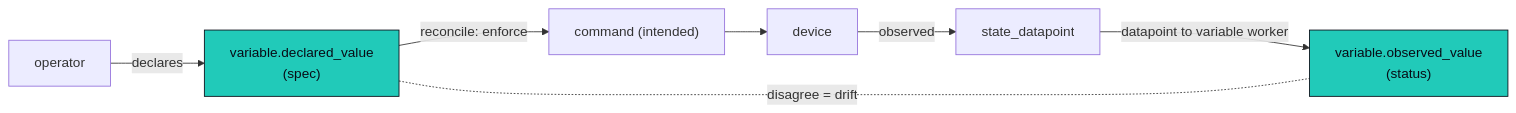
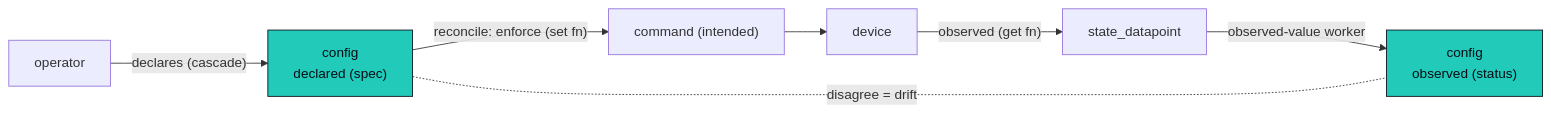
Before and after one commit to hyperscaleav/omniglass: the diagram in docs/src/content/docs/architecture/variables.md, drawn with Mermaid. The commit also changed other lines of this file and 2 other files, not shown here.

First line of the commit message:
docs(architecture): split config, credentials, and variables into three primitives

````diff
--- a/docs/src/content/docs/architecture/variables.md
+++ b/docs/src/content/docs/architecture/variables.md
@@ -137,11 +178,11 @@
 ```mermaid
 flowchart LR
-  OP["operator"] -->|"declares"| DV["variable.declared_value<br/>(spec)"]
-  DEV["device"] -->|"observed"| SD["state_datapoint"]
-  SD -->|"datapoint to variable worker"| OV["variable.observed_value<br/>(status)"]
+  OP["operator"] -->|"declares (cascade)"| DV["config<br/>declared (spec)"]
+  DEV["device"] -->|"observed (get fn)"| SD["state_datapoint"]
+  SD -->|"observed-value worker"| OV["config<br/>observed (status)"]
   DV -. "disagree = drift" .- OV
-  DV -->|"reconcile: enforce"| CMD["command (intended)"]
+  DV -->|"reconcile: enforce (set fn)"| CMD["command (intended)"]
   CMD --> DEV
   classDef v fill:#21CAB9,stroke:#080c16,color:#080c16;
   class DV,OV v;
 ```
````
